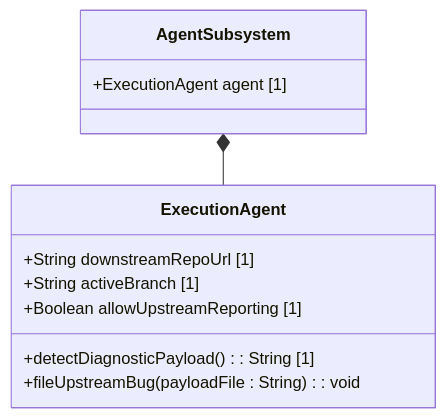
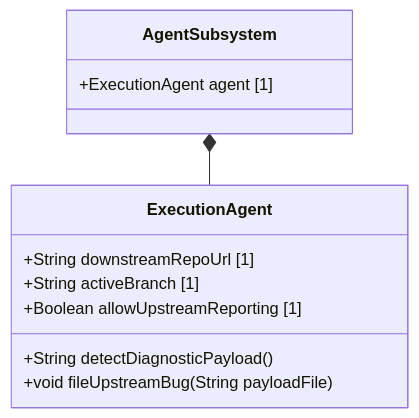
One commit to gintatkinson/digital-pipeline-repo changed the diagram in docs/features/feat-05-agent-bug-filing.md. Above: the diagram before and after it, drawn with Mermaid. The commit also changed 16 other files, not shown here.

Commit message:
feat: implement fix_mermaid_colons.py and repair existing Mermaid class diagrams

````diff
--- a/docs/features/feat-05-agent-bug-filing.md
+++ b/docs/features/feat-05-agent-bug-filing.md
@@ -18,14 +18,14 @@
 ```mermaid
 classDiagram
     class AgentSubsystem {
         +ExecutionAgent agent [1]
     }
     class ExecutionAgent {
         +String downstreamRepoUrl [1]
         +String activeBranch [1]
         +Boolean allowUpstreamReporting [1]
-        +detectDiagnosticPayload() : String [1]
-        +fileUpstreamBug(payloadFile : String) : void
+        +String detectDiagnosticPayload()
+        +void fileUpstreamBug(String payloadFile)
     }
     AgentSubsystem *-- ExecutionAgent
 ```
````
